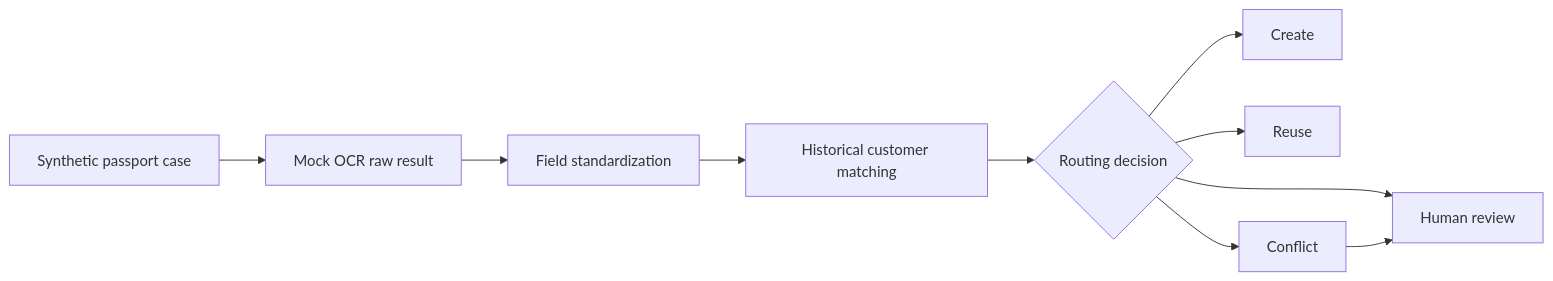
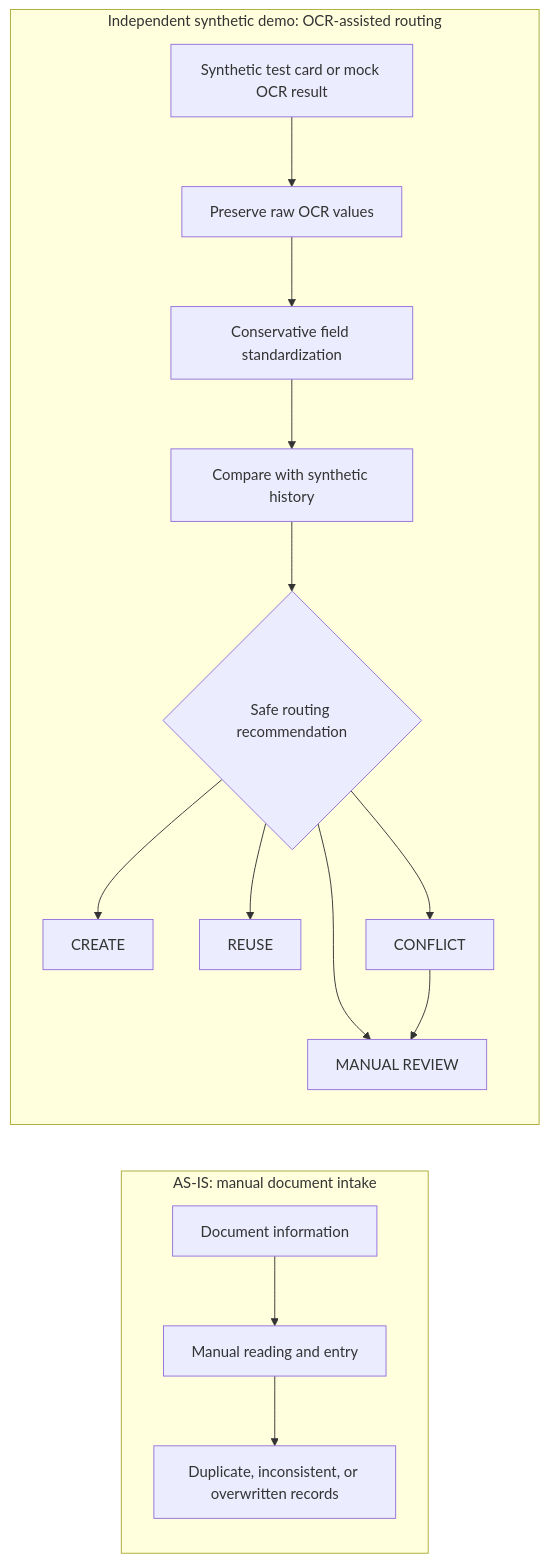
Before and after one commit to rayzhang406-commits/human-in-the-loop-passport-ocr-routing-demo: the diagram in README.md, drawn with Mermaid. The commit also changed other lines of this file and 2 other files, not shown here.

Commit message:
Document independent FDE demo context

````diff
--- a/README.md
+++ b/README.md
@@ -15,12 +25,19 @@
 ```mermaid
 flowchart LR
-    A[Synthetic passport case] --> B[Mock OCR raw result]
-    B --> C[Field standardization]
-    C --> D[Historical customer matching]
-    D --> E{Routing decision}
-    E --> F[Create]
-    E --> G[Reuse]
-    E --> H[Conflict]
-    E --> I[Human review]
-    H --> I
+    subgraph ASIS[AS-IS: manual document intake]
+        A[Document information] --> B[Manual reading and entry]
+        B --> C[Duplicate, inconsistent, or overwritten records]
+    end
+
+    subgraph TOBE[Independent synthetic demo: OCR-assisted routing]
+        D[Synthetic test card or mock OCR result] --> E[Preserve raw OCR values]
+        E --> F[Conservative field standardization]
+        F --> G[Compare with synthetic history]
+        G --> H{Safe routing recommendation}
+        H --> I[CREATE]
+        H --> J[REUSE]
+        H --> K[CONFLICT]
+        H --> L[MANUAL REVIEW]
+        K --> L
+    end
 ```
````
